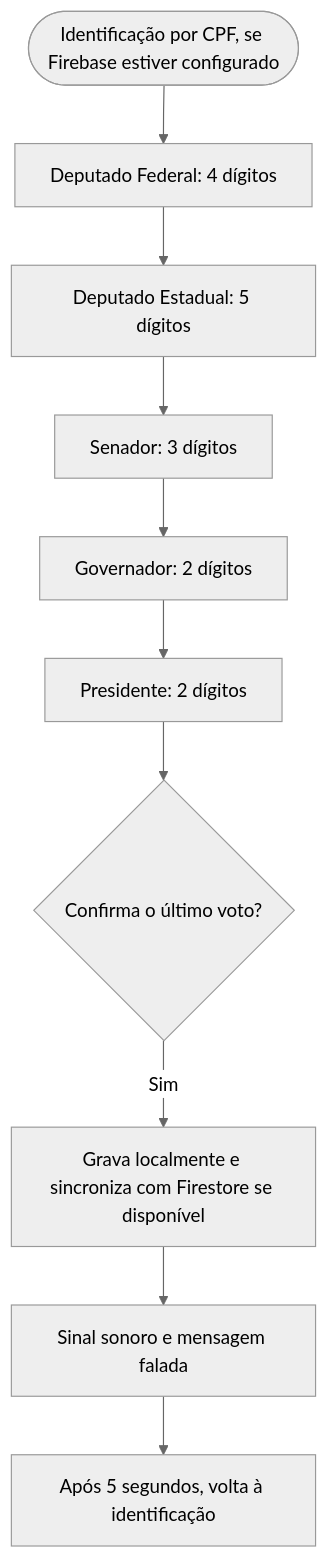
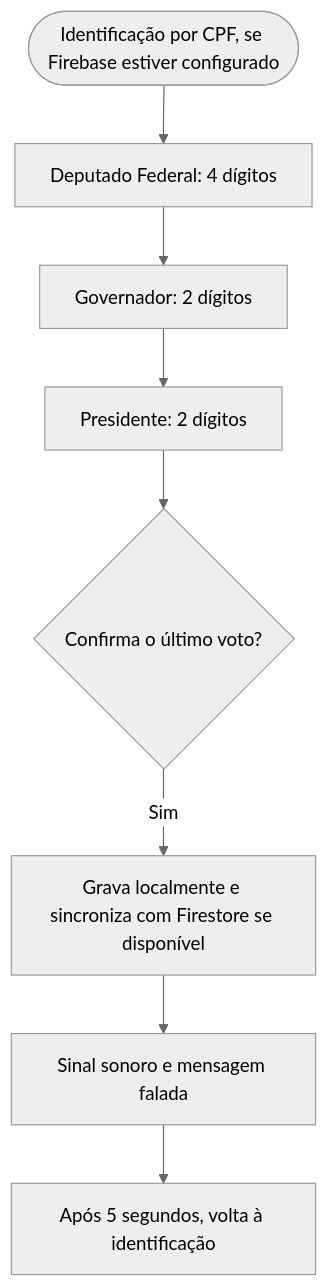
Before and after one commit to Sudo-Marco/urna-cidada: the diagram in README.md, drawn with Mermaid (neutral theme). The commit also changed other lines of this file and 23 other files, not shown here.

````diff
--- a/README.md
+++ b/README.md
@@ -129,12 +129,10 @@
 ```mermaid
 flowchart TD
     A([Identificação por CPF, se Firebase estiver configurado]) --> B[Deputado Federal: 4 dígitos]
-    B --> C[Deputado Estadual: 5 dígitos]
-    C --> D[Senador: 3 dígitos]
-    D --> E[Governador: 2 dígitos]
-    E --> F[Presidente: 2 dígitos]
-    F --> G{Confirma o último voto?}
-    G -->|Sim| H[Grava localmente e sincroniza com Firestore se disponível]
-    H --> I[Sinal sonoro e mensagem falada]
-    I --> J[Após 5 segundos, volta à identificação]
+    B --> C[Governador: 2 dígitos]
+    C --> D[Presidente: 2 dígitos]
+    D --> E{Confirma o último voto?}
+    E -->|Sim| F[Grava localmente e sincroniza com Firestore se disponível]
+    F --> G[Sinal sonoro e mensagem falada]
+    G --> H[Após 5 segundos, volta à identificação]
 ```
````
